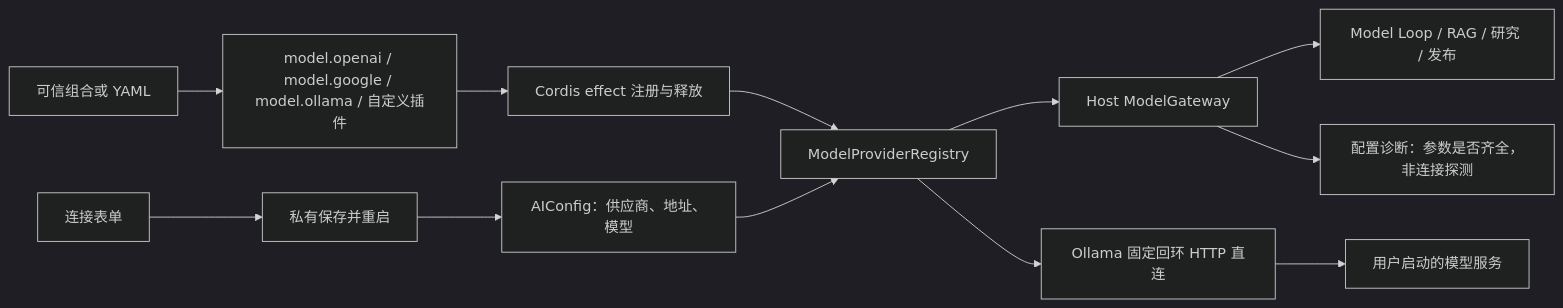
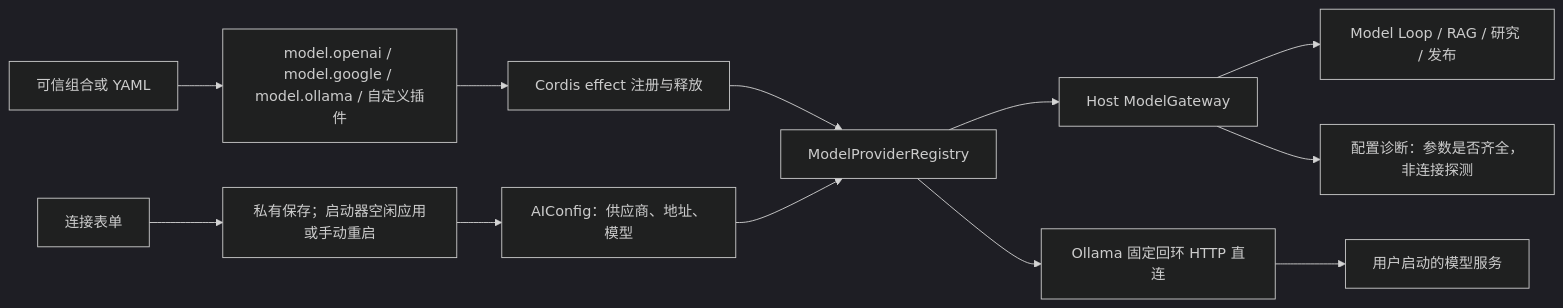
One commit to KlayPeter/AI-Delivery-Ops-Agent changed the first of 2 diagrams in backend/src/platform/models/FEATURE.md. Above: the diagram before and after it, drawn with Mermaid (dark theme). The commit also changed other lines of this file and 26 other files, not shown here.

````diff
--- a/backend/src/platform/models/FEATURE.md
+++ b/backend/src/platform/models/FEATURE.md
@@ -22,14 +22,14 @@
 ```mermaid
 flowchart LR
     C[可信组合或 YAML] --> P[model.openai / model.google / model.ollama / 自定义插件]
     P --> E[Cordis effect 注册与释放]
     E --> R[ModelProviderRegistry]
-    U[连接表单] --> S[私有保存并重启]
+    U[连接表单] --> S[私有保存；启动器空闲应用或手动重启]
     S --> CFG[AIConfig：供应商、地址、模型]
     CFG --> R
     R --> G[Host ModelGateway]
     G --> A[Model Loop / RAG / 研究 / 发布]
     G --> D[配置诊断：参数是否齐全，非连接探测]
     R --> L[Ollama 固定回环 HTTP 直连]
     L --> O[用户启动的模型服务]
 ```
````
